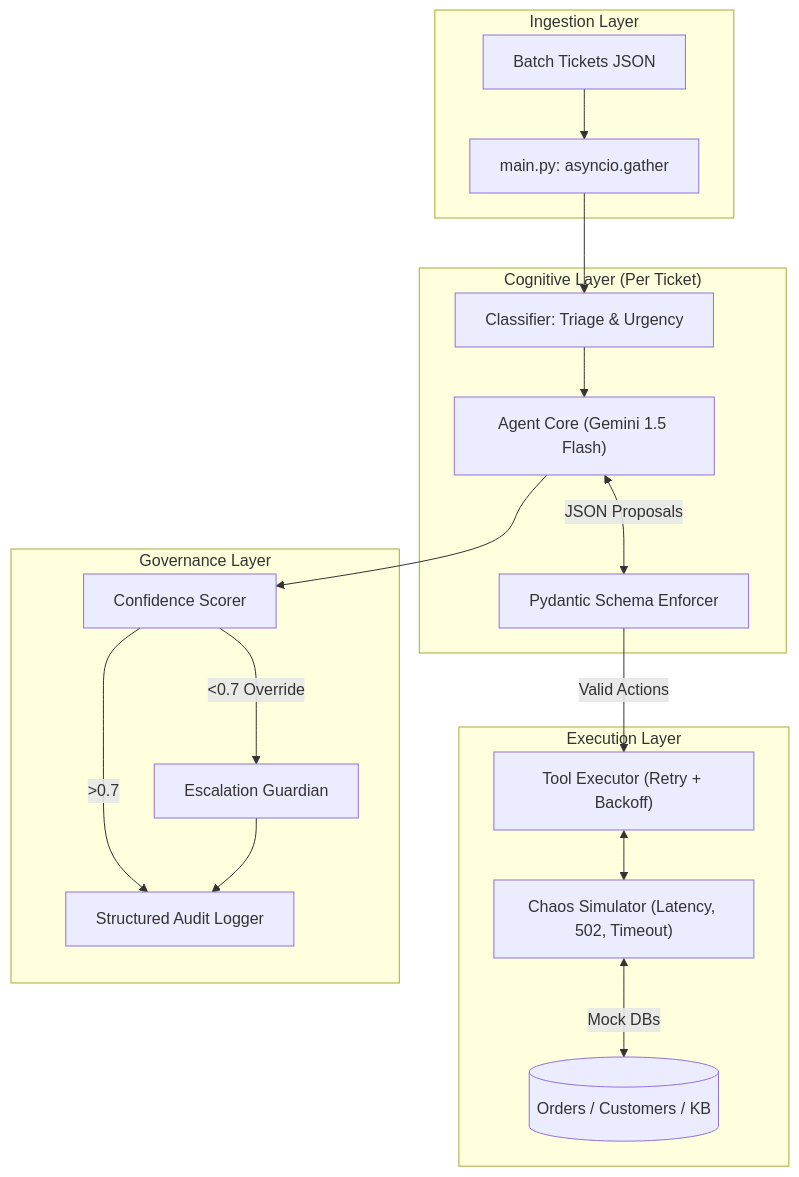
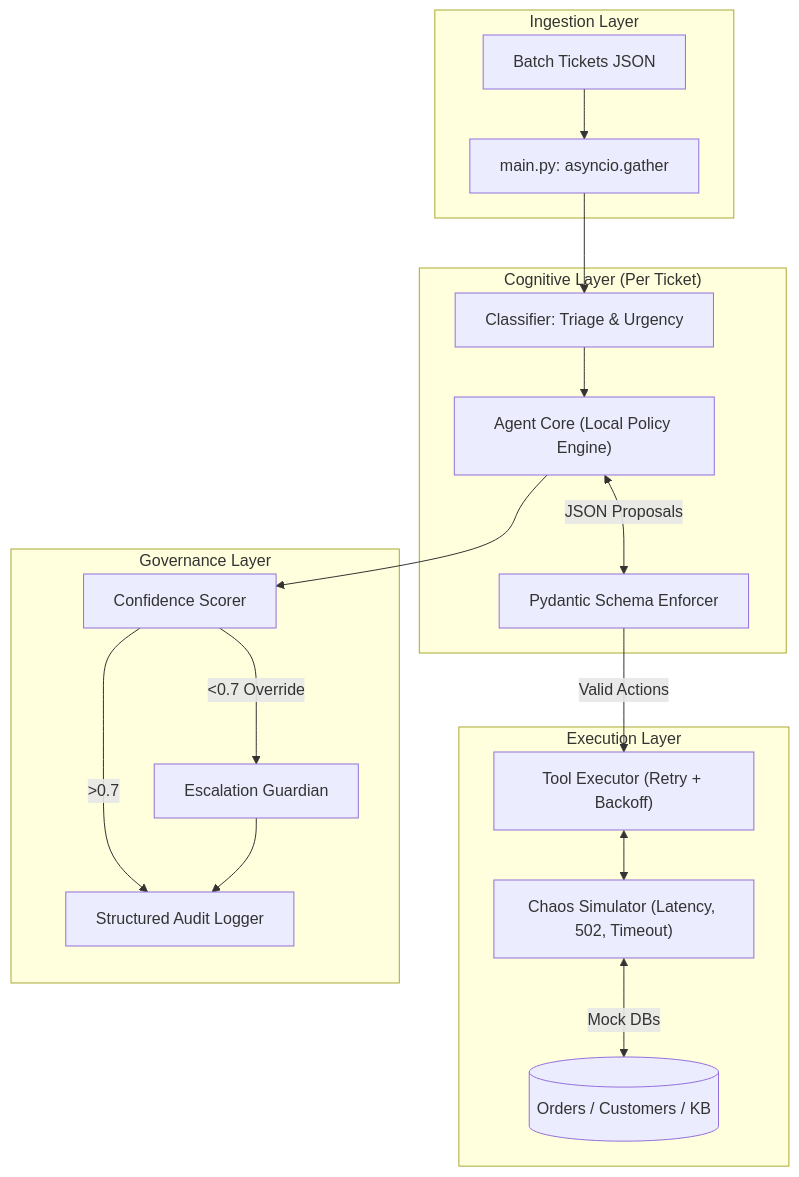
Before and after one commit to Kahan99/Tixora-AI: the diagram in README.md, drawn with Mermaid. The commit also changed other lines of this file and 9 other files, not shown here.

````diff
--- a/README.md
+++ b/README.md
@@ -17,36 +28,36 @@
 ```mermaid
 graph TD
     subgraph "Ingestion Layer"
         T[Batch Tickets JSON] --> M[main.py: asyncio.gather]
     end
 
     subgraph "Cognitive Layer (Per Ticket)"
         C[Classifier: Triage & Urgency]
-        A["Agent Core (Gemini 1.5 Flash)"]
+        A["Agent Core (Local Policy Engine)"]
         S[Pydantic Schema Enforcer]
-        
+
         M --> C
         C --> A
         A <-->|JSON Proposals| S
     end
 
     subgraph "Execution Layer"
         E["Tool Executor (Retry + Backoff)"]
         F["Chaos Simulator (Latency, 502, Timeout)"]
-        
+
         S -->|Valid Actions| E
         E <--> F
         F <-->|Mock DBs| DB[(Orders / Customers / KB)]
     end
-    
+
     subgraph "Governance Layer"
         G[Confidence Scorer]
         H[Escalation Guardian]
         L[Structured Audit Logger]
-        
+
         A --> G
         G -->|>0.7| L
         G -->|<0.7 Override| H
         H --> L
     end
 ```
````
